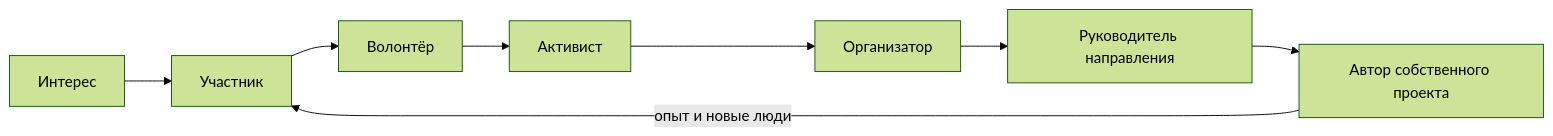
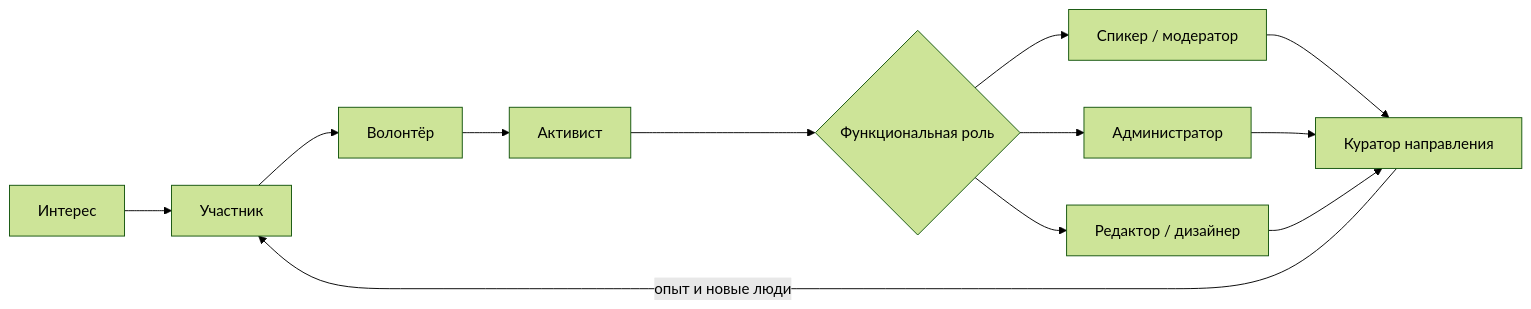
The second of 3 diagrams in IDEOLOGY.md (bydenisby/KOMP_planning), drawn with Mermaid (forest theme) before and after one commit. The commit also changed other lines of this file and 17 other files, not shown here.

````diff
--- a/IDEOLOGY.md
+++ b/IDEOLOGY.md
@@ -140,10 +140,14 @@
 ```mermaid
 flowchart LR
     A[Интерес] --> B[Участник]
     B --> C[Волонтёр]
     C --> D[Активист]
-    D --> E[Организатор]
-    E --> F[Руководитель направления]
-    F --> G[Автор собственного проекта]
-    G -->|опыт и новые люди| B
+    D --> E{Функциональная роль}
+    E --> F[Спикер / модератор]
+    E --> G[Администратор]
+    E --> H[Редактор / дизайнер]
+    F --> I[Куратор направления]
+    G --> I
+    H --> I
+    I -->|опыт и новые люди| B
 ```
````
